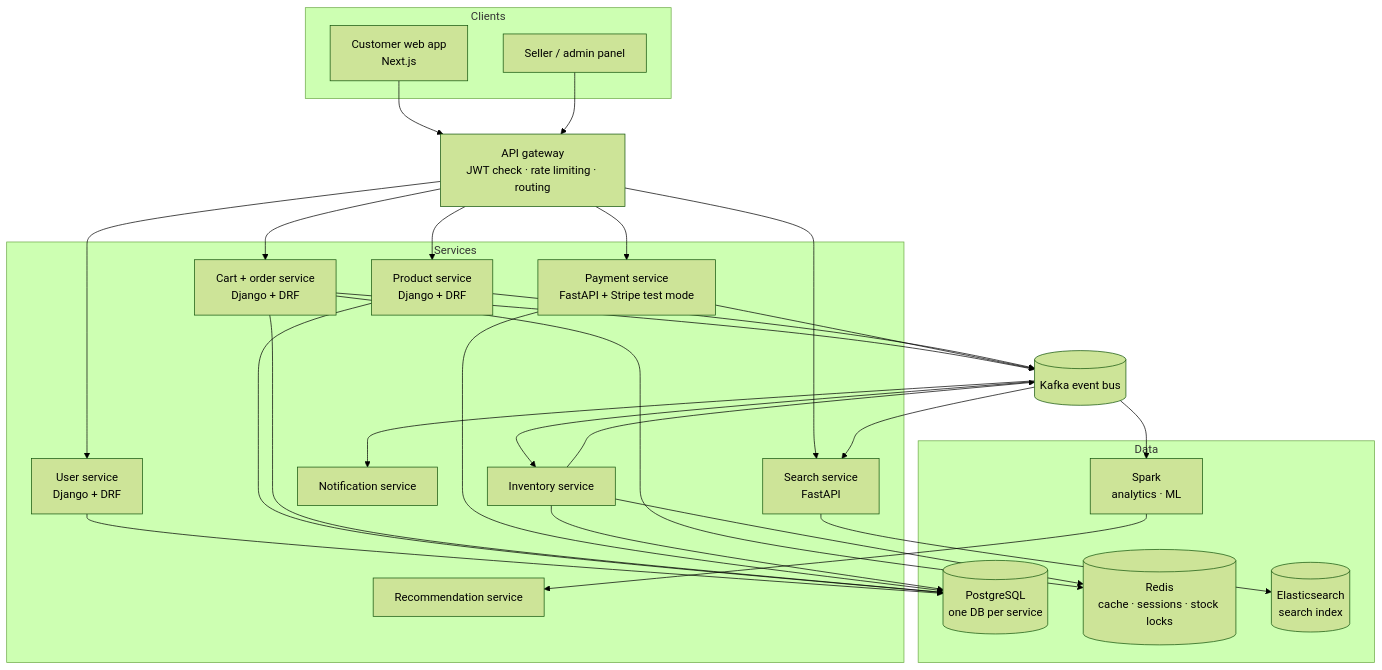
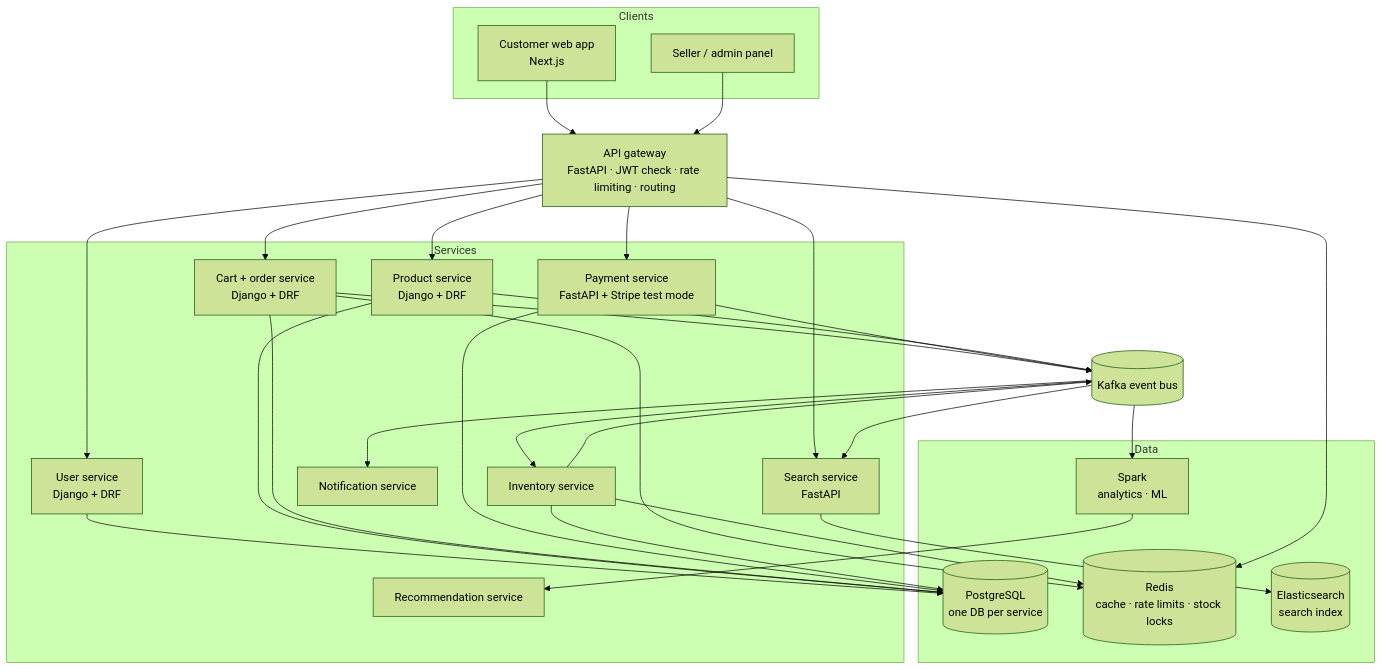
The first of 2 diagrams in README.md (vishant0815/shopverse), drawn with Mermaid (forest theme) before and after one commit. The commit also changed other lines of this file and 34 other files, not shown here.

First line of the commit message:
feat(gateway): add API gateway with Redis rate limiting as the single entry point

````diff
--- a/README.md
+++ b/README.md
@@ -30,39 +30,39 @@
 ```mermaid
 flowchart TB
     subgraph Clients
         WEB[Customer web app<br/>Next.js]
         ADMIN[Seller / admin panel]
     end
 
-    GW[API gateway<br/>JWT check · rate limiting · routing]
+    GW[API gateway<br/>FastAPI · JWT check · rate limiting · routing]
 
     subgraph Services
         USERS[User service<br/>Django + DRF]
         PRODUCTS[Product service<br/>Django + DRF]
         ORDERS[Cart + order service<br/>Django + DRF]
         PAY[Payment service<br/>FastAPI + Stripe test mode]
         SEARCH[Search service<br/>FastAPI]
         INV[Inventory service]
         NOTIFY[Notification service]
         REC[Recommendation service]
     end
 
     KAFKA[(Kafka event bus)]
 
     subgraph Data
         PG[(PostgreSQL<br/>one DB per service)]
-        REDIS[(Redis<br/>cache · sessions · stock locks)]
+        REDIS[(Redis<br/>cache · rate limits · stock locks)]
         ES[(Elasticsearch<br/>search index)]
         SPARK[Spark<br/>analytics · ML]
     end
 
     WEB --> GW
     ADMIN --> GW
     GW --> USERS & PRODUCTS & ORDERS & PAY & SEARCH
     ORDERS & PAY & INV & PRODUCTS --> KAFKA
     KAFKA --> NOTIFY & SEARCH & INV & SPARK
     USERS & PRODUCTS & ORDERS & PAY & INV --> PG
-    ORDERS & INV --> REDIS
+    GW & ORDERS & INV --> REDIS
     SEARCH --> ES
     SPARK --> REC
 ```
````
